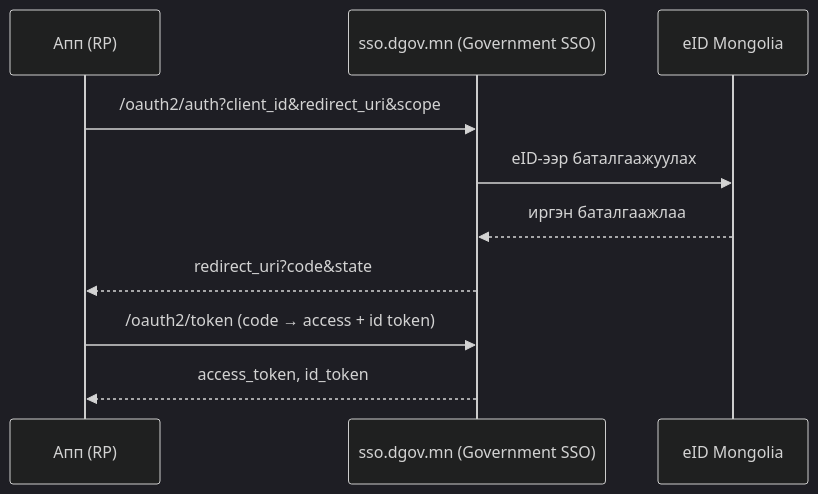
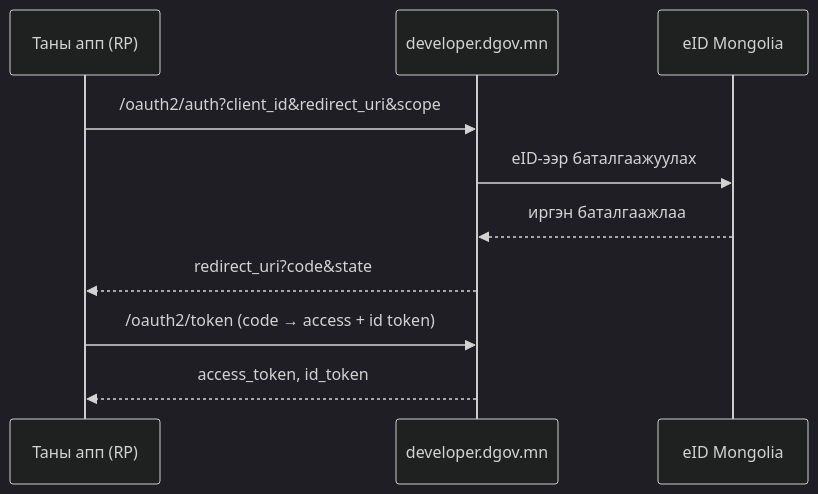
One commit to gerege-systems/developer-dgov-mn changed the diagram in docs-site/docs/authentication.md. Above: the diagram before and after it, drawn with Mermaid (dark theme). The commit also changed other lines of this file and 15 other files, not shown here.

First line of the commit message:
docs: developer-portal docs site + GitHub Pages deployment

````diff
--- a/docs-site/docs/authentication.md
+++ b/docs-site/docs/authentication.md
@@ -25,12 +26,12 @@
 ```mermaid
 sequenceDiagram
-  participant App as Апп (RP)
-  participant SSO as sso.dgov.mn (Government SSO)
+  participant App as Таны апп (RP)
+  participant Portal as developer.dgov.mn
   participant eID as eID Mongolia
-  App->>SSO: /oauth2/auth?client_id&redirect_uri&scope
-  SSO->>eID: eID-ээр баталгаажуулах
-  eID-->>SSO: иргэн баталгаажлаа
-  SSO-->>App: redirect_uri?code&state
-  App->>SSO: /oauth2/token (code → access + id token)
-  SSO-->>App: access_token, id_token
+  App->>Portal: /oauth2/auth?client_id&redirect_uri&scope
+  Portal->>eID: eID-ээр баталгаажуулах
+  eID-->>Portal: иргэн баталгаажлаа
+  Portal-->>App: redirect_uri?code&state
+  App->>Portal: /oauth2/token (code → access + id token)
+  Portal-->>App: access_token, id_token
 ```
````
